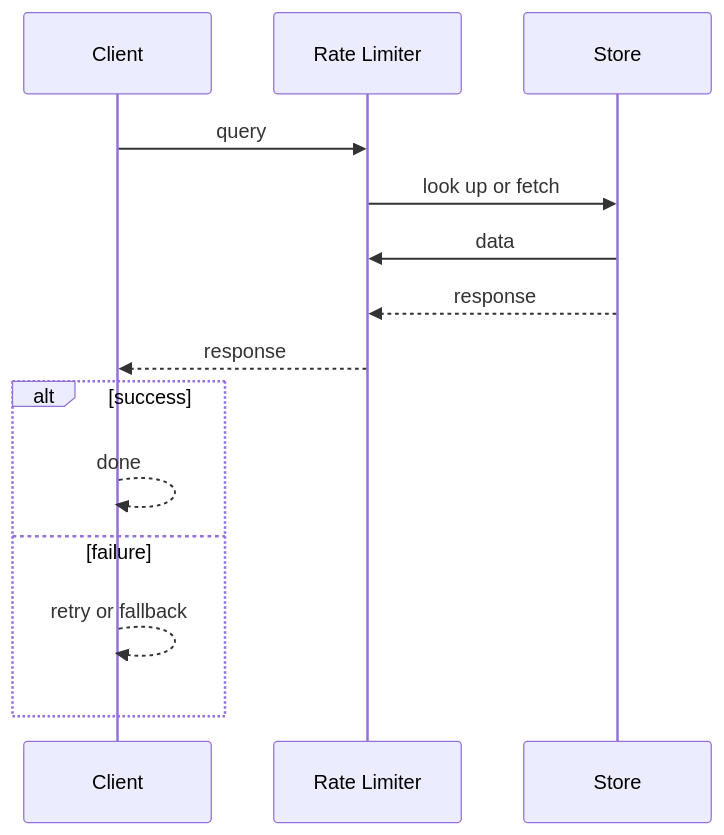
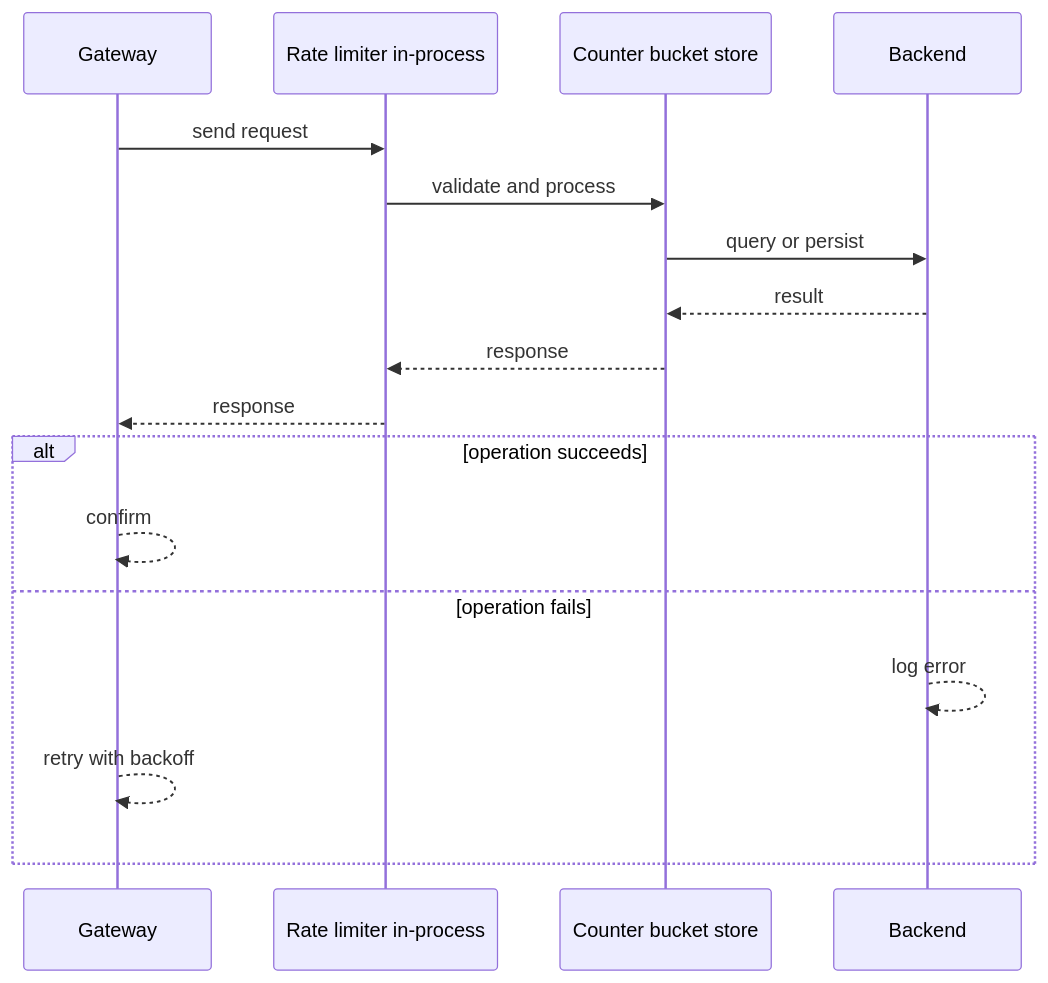
Before and after one commit to RIT-MESH/system-design-mastery: the second of 4 diagrams in case-studies/beginner/rate-limiter.md, drawn with Mermaid. The commit also changed other lines of this file and 64 other files, not shown here.

````diff
--- a/case-studies/beginner/rate-limiter.md
+++ b/case-studies/beginner/rate-limiter.md
@@ -70,17 +61,20 @@
 ```mermaid
 %% created-for: system-design-mastery
 sequenceDiagram
-  participant P0 as Client
-  participant P1 as Rate Limiter
-  participant P2 as Store
-  P0 ->> P1: query
-  P1 ->> P2: look up or fetch
-  P2 ->> P1: data
-  P2 -->> P1: response
-  P1 -->> P0: response
-  alt success
-    P0 -->> P0: done
-  else failure
-    P0 -->> P0: retry or fallback
+  participant C0 as Gateway
+  participant C1 as Rate limiter in-process
+  participant C2 as Counter bucket store
+  participant C3 as Backend
+  C0 ->> C1: send request
+  C1 ->> C2: validate and process
+  C2 ->> C3: query or persist
+  C3 -->> C2: result
+  C2 -->> C1: response
+  C1 -->> C0: response
+  alt operation succeeds
+    C0 -->> C0: confirm
+  else operation fails
+    C3 -->> C3: log error
+    C0 -->> C0: retry with backoff
   end
 ```
````
